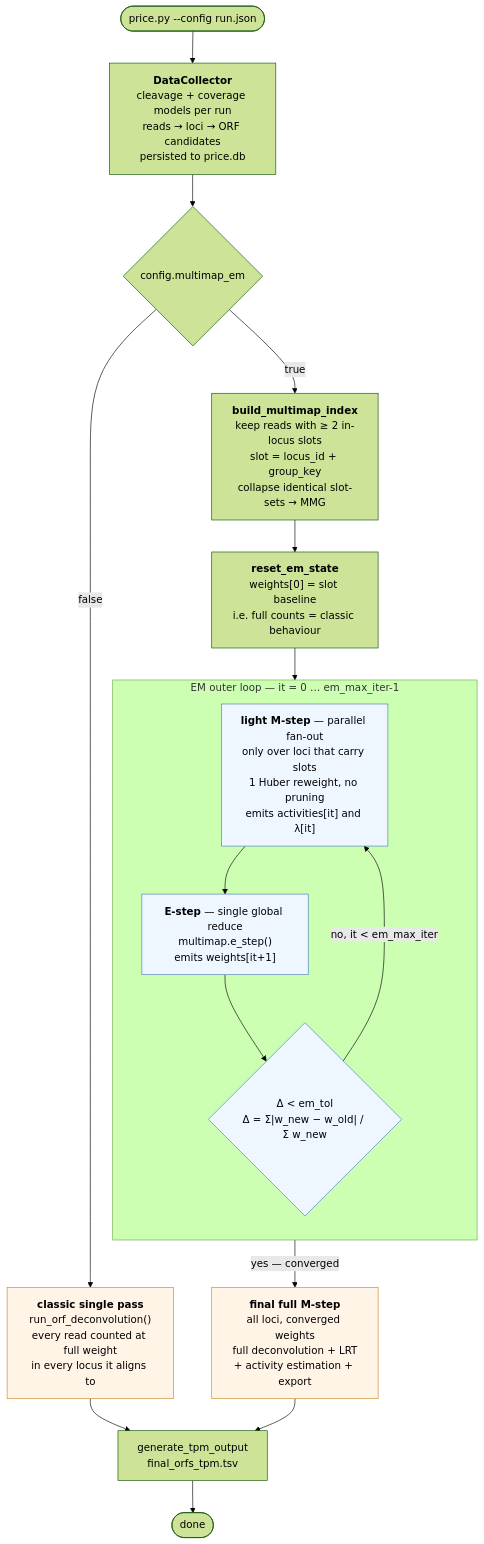
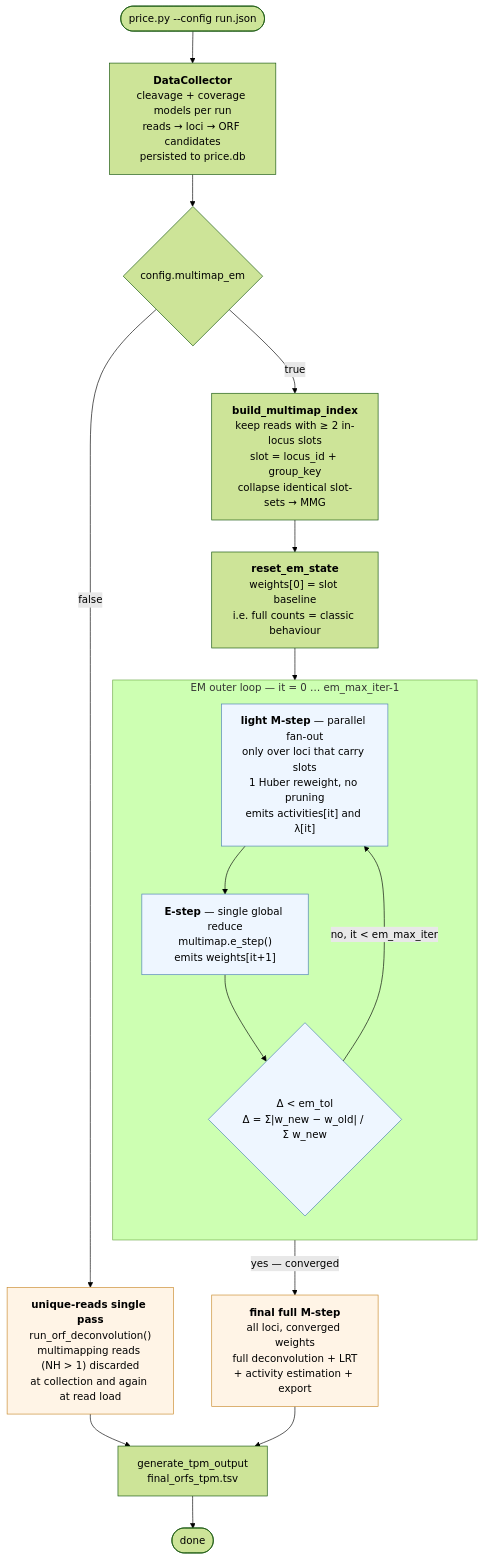
Before and after one commit to kilian-m/PRICE2: the first of 5 diagrams in docs/deconvolution.md, drawn with Mermaid (forest theme). The commit also changed 5 other files, not shown here.

Commit message:
Discard multimapping reads when multimap_em is disabled

````diff
--- a/docs/deconvolution.md
+++ b/docs/deconvolution.md
@@ -12,28 +12,28 @@
 ```mermaid
 flowchart TD
     START(["price.py --config run.json"]) --> DC["<b>DataCollector</b><br/>cleavage + coverage models per run<br/>reads → loci → ORF candidates<br/>persisted to price.db"]
     DC --> MMQ{"config.multimap_em"}
 
-    MMQ -->|"false"| CLASSIC["<b>classic single pass</b><br/>run_orf_deconvolution()<br/>every read counted at full weight<br/>in every locus it aligns to"]
+    MMQ -->|"false"| CLASSIC["<b>unique-reads single pass</b><br/>run_orf_deconvolution()<br/>multimapping reads (NH &gt; 1) discarded<br/>at collection and again at read load"]
     CLASSIC --> TPM
 
     MMQ -->|"true"| IDX["<b>build_multimap_index</b><br/>keep reads with ≥ 2 in-locus slots<br/>slot = locus_id + group_key<br/>collapse identical slot-sets → MMG"]
     IDX --> RESET["<b>reset_em_state</b><br/>weights[0] = slot baseline<br/>i.e. full counts = classic behaviour"]
     subgraph EM ["EM outer loop — it = 0 … em_max_iter-1"]
         direction TB
         M["<b>light M-step</b> — parallel fan-out<br/>only over loci that carry slots<br/>1 Huber reweight, no pruning<br/>emits activities[it] and λ[it]"]
         M --> E["<b>E-step</b> — single global reduce<br/>multimap.e_step()<br/>emits weights[it+1]"]
         E --> CONV{"Δ &lt; em_tol<br/>Δ = Σ|w_new − w_old| / Σ w_new"}
         CONV -->|"no, it &lt; em_max_iter"| M
     end
 
     RESET --> M
     CONV -->|"yes — converged"| FINAL["<b>final full M-step</b><br/>all loci, converged weights<br/>full deconvolution + LRT<br/>+ activity estimation + export"]
     FINAL --> TPM["generate_tpm_output<br/>final_orfs_tpm.tsv"]
     TPM --> DONE(["done"])
 
     classDef em fill:#eef6ff,stroke:#4a7fb5
     classDef hot fill:#fff4e6,stroke:#c98a2b
     class M,E,CONV em
     class FINAL,CLASSIC hot
 ```
````
